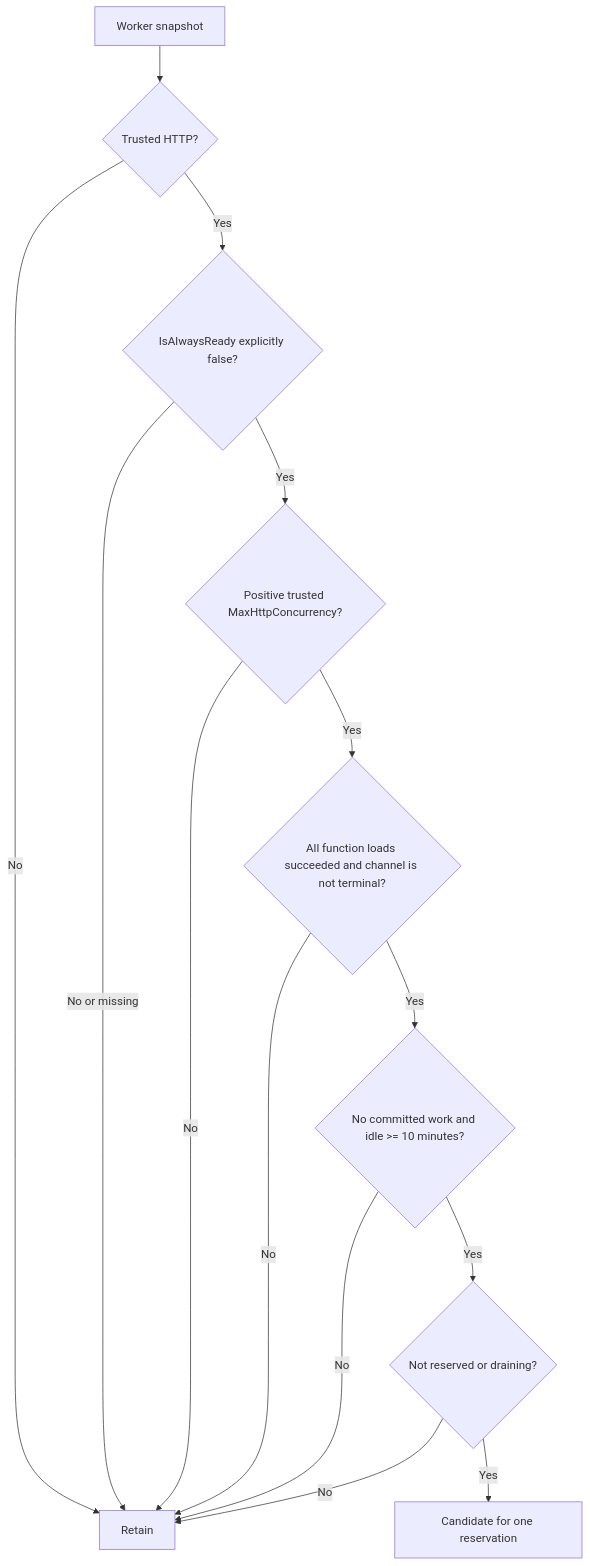
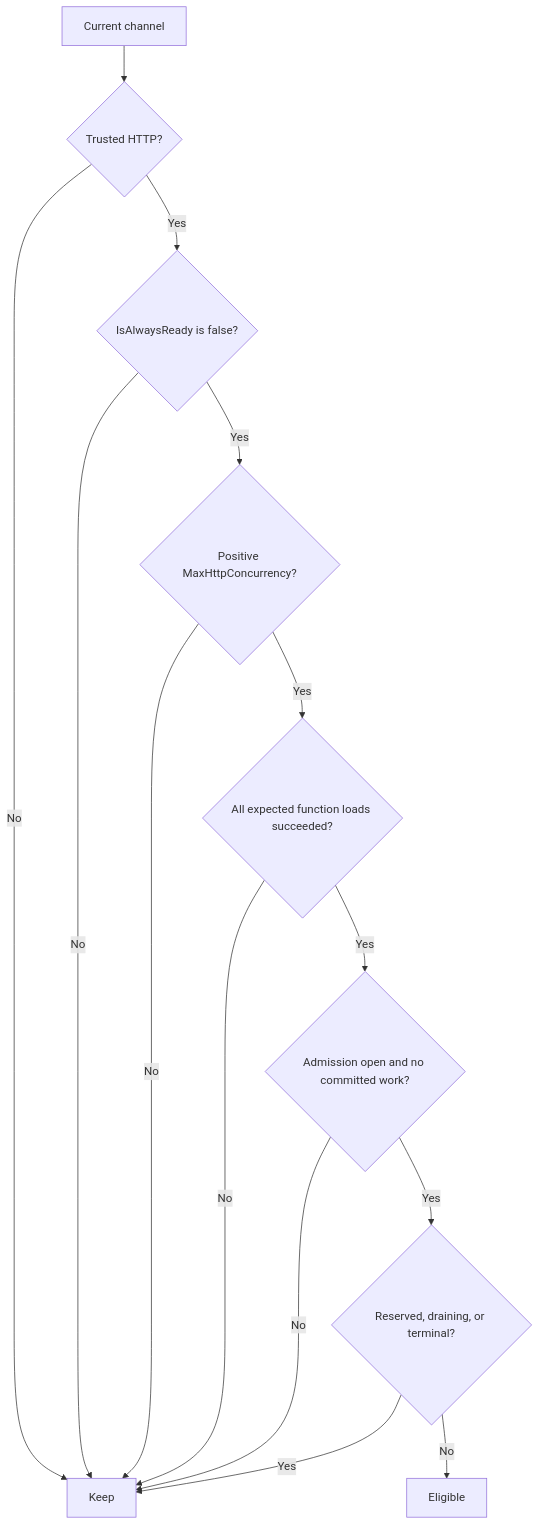
The third of 7 diagrams in tools/ComputeSeparation/byoc-http-on-demand-idle-scale-in.md (Azure/azure-functions-host), drawn with Mermaid before and after one commit. The commit also changed other lines of this file and 21 other files, not shown here.

````diff
--- a/tools/ComputeSeparation/byoc-http-on-demand-idle-scale-in.md
+++ b/tools/ComputeSeparation/byoc-http-on-demand-idle-scale-in.md
@@ -83,16 +118,16 @@
 ```mermaid
 flowchart TD
-    S[Worker snapshot] --> H{Trusted HTTP?}
-    H -->|No| K[Retain]
-    H -->|Yes| A{IsAlwaysReady explicitly false?}
-    A -->|No or missing| K
-    A -->|Yes| M{Positive trusted MaxHttpConcurrency?}
+    S[Current channel] --> H{Trusted HTTP?}
+    H -->|No| K[Keep]
+    H -->|Yes| O{IsAlwaysReady is false?}
+    O -->|No| K
+    O -->|Yes| M{Positive MaxHttpConcurrency?}
     M -->|No| K
-    M -->|Yes| R{All function loads succeeded and channel is not terminal?}
-    R -->|No| K
-    R -->|Yes| W{No committed work and idle >= 10 minutes?}
+    M -->|Yes| F{All expected function loads succeeded?}
+    F -->|No| K
+    F -->|Yes| W{Admission open and no committed work?}
     W -->|No| K
-    W -->|Yes| X{Not reserved or draining?}
-    X -->|No| K
-    X -->|Yes| C[Candidate for one reservation]
+    W -->|Yes| T{Reserved, draining, or terminal?}
+    T -->|Yes| K
+    T -->|No| E[Eligible]
 ```
````
